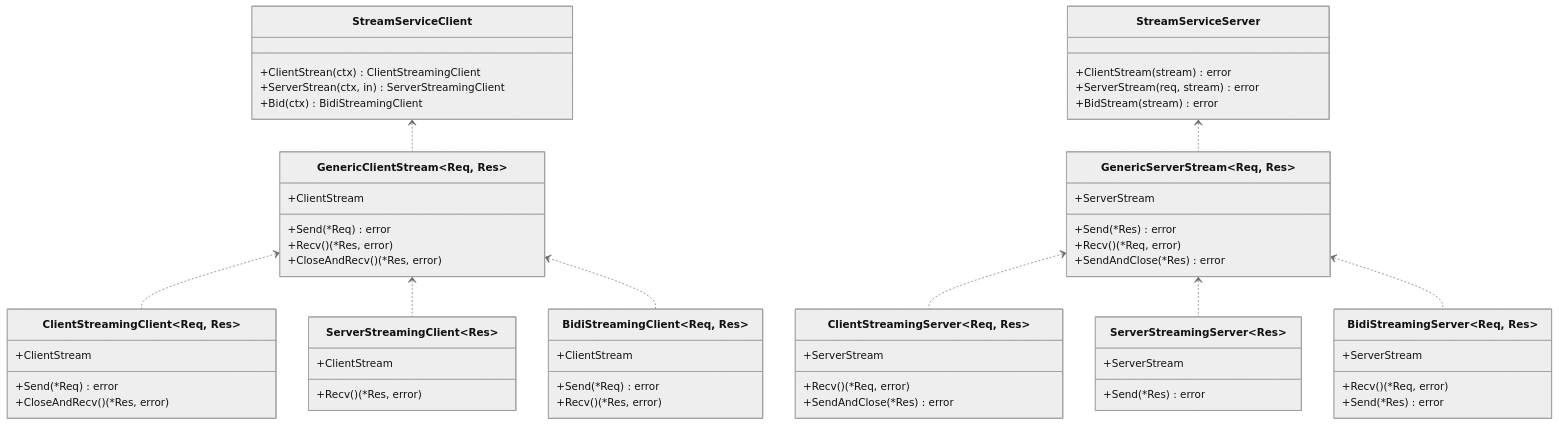
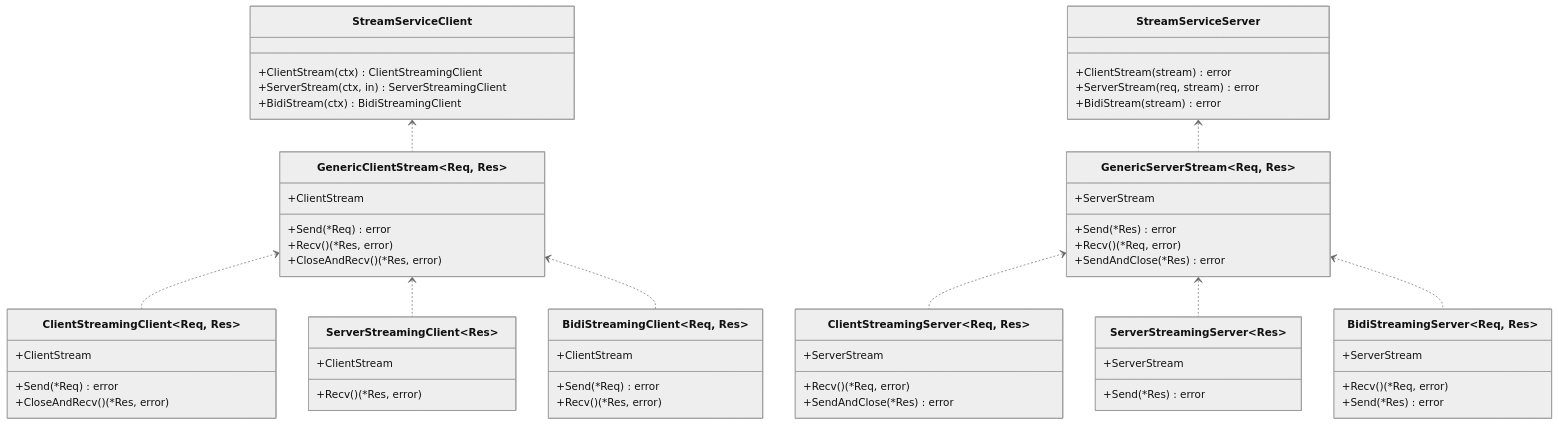
Before and after one commit to soyacen/goose: the second of 15 diagrams in .agents/repowiki/zh/content/示例和最佳实践/WebSocket流式系统.md, drawn with Mermaid (neutral theme). The commit also changed other lines of this file and 5 other files, not shown here.

````diff
--- a/.agents/repowiki/zh/content/示例和最佳实践/WebSocket流式系统.md
+++ b/.agents/repowiki/zh/content/示例和最佳实践/WebSocket流式系统.md
@@ -106,61 +111,61 @@
 ```mermaid
 classDiagram
 class StreamServiceClient {
-+ClientStrean(ctx) ClientStreamingClient
-+ServerStrean(ctx, in) ServerStreamingClient
-+Bid(ctx) BidiStreamingClient
++ClientStream(ctx) ClientStreamingClient
++ServerStream(ctx, in) ServerStreamingClient
++BidiStream(ctx) BidiStreamingClient
 }
 class StreamServiceServer {
 +ClientStream(stream) error
 +ServerStream(req, stream) error
-+BidStream(stream) error
++BidiStream(stream) error
 }
 class GenericClientStream~Req, Res~ {
 +Send(*Req) error
 +Recv() (*Res, error)
 +CloseAndRecv() (*Res, error)
 +ClientStream
 }
 class GenericServerStream~Req, Res~ {
 +Send(*Res) error
 +Recv() (*Req, error)
 +SendAndClose(*Res) error
 +ServerStream
 }
 class ClientStreamingClient~Req, Res~ {
 +Send(*Req) error
 +CloseAndRecv() (*Res, error)
 +ClientStream
 }
 class ServerStreamingClient~Res~ {
 +Recv() (*Res, error)
 +ClientStream
 }
 class BidiStreamingClient~Req, Res~ {
 +Send(*Req) error
 +Recv() (*Res, error)
 +ClientStream
 }
 class ClientStreamingServer~Req, Res~ {
 +Recv() (*Req, error)
 +SendAndClose(*Res) error
 +ServerStream
 }
 class ServerStreamingServer~Res~ {
 +Send(*Res) error
 +ServerStream
 }
 class BidiStreamingServer~Req, Res~ {
 +Recv() (*Req, error)
 +Send(*Res) error
 +ServerStream
 }
 StreamServiceClient <.. GenericClientStream
 StreamServiceServer <.. GenericServerStream
 GenericClientStream <.. ClientStreamingClient
 GenericClientStream <.. ServerStreamingClient
 GenericClientStream <.. BidiStreamingClient
 GenericServerStream <.. ClientStreamingServer
 GenericServerStream <.. ServerStreamingServer
 GenericServerStream <.. BidiStreamingServer
 ```
````
